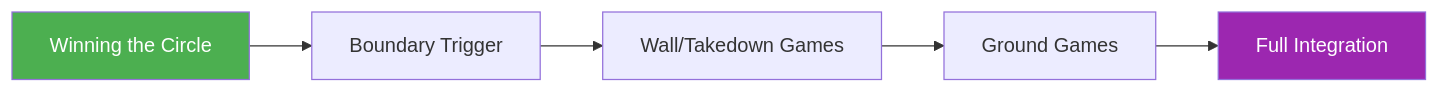
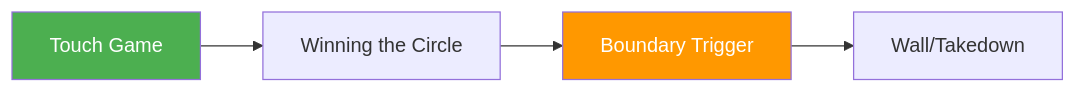
The fourth of 7 diagrams in docs/reference/prerequisites.md (ACalienes/Ecological-MMA-Game-System), drawn with Mermaid before and after one commit. The commit also changed other lines of this file and 6 other files, not shown here.

````diff
--- a/docs/reference/prerequisites.md
+++ b/docs/reference/prerequisites.md
@@ -134,10 +173,9 @@
 ```mermaid
 flowchart LR
-    A[Winning the Circle] --> B[Boundary Trigger]
-    B --> C[Wall/Takedown Games]
-    C --> D[Ground Games]
-    D --> E[Full Integration]
+    A[Touch Game] --> B[Winning the Circle]
+    B --> C[Boundary Trigger]
+    C --> D[Wall/Takedown]
 
     style A fill:#4CAF50,color:#fff
-    style E fill:#9C27B0,color:#fff
+    style C fill:#FF9800,color:#fff
 ```
````
